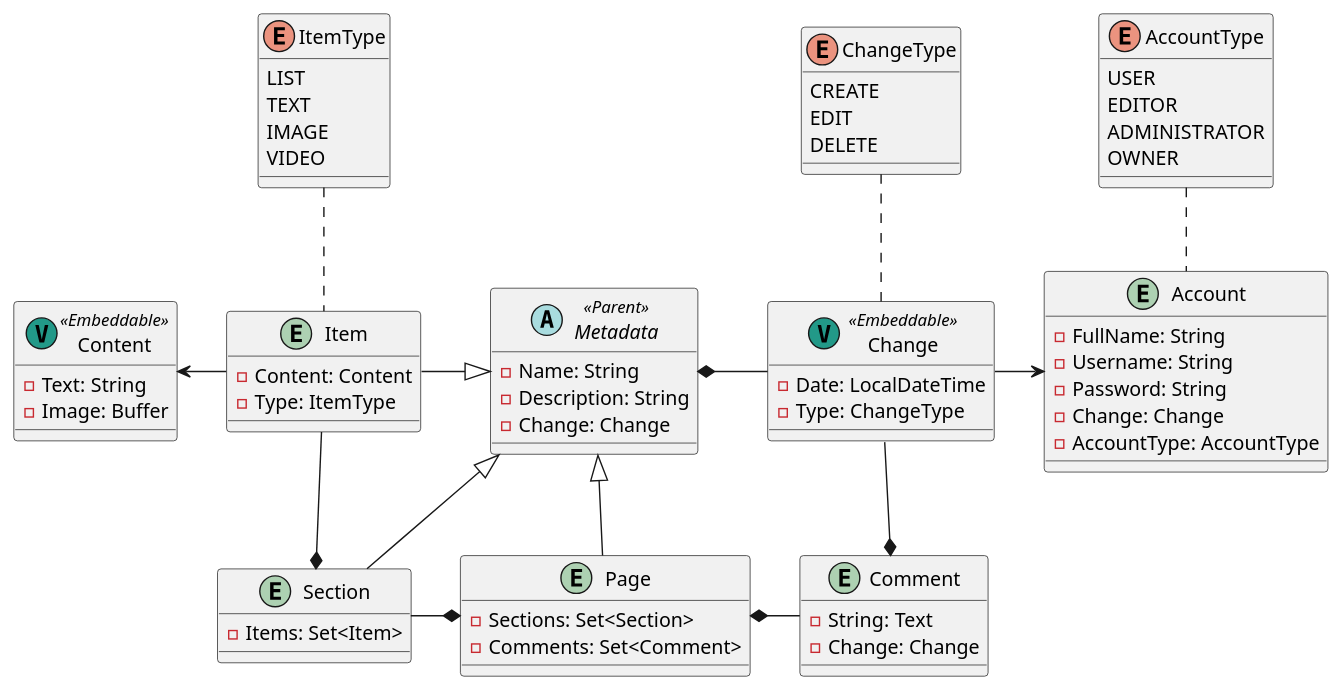
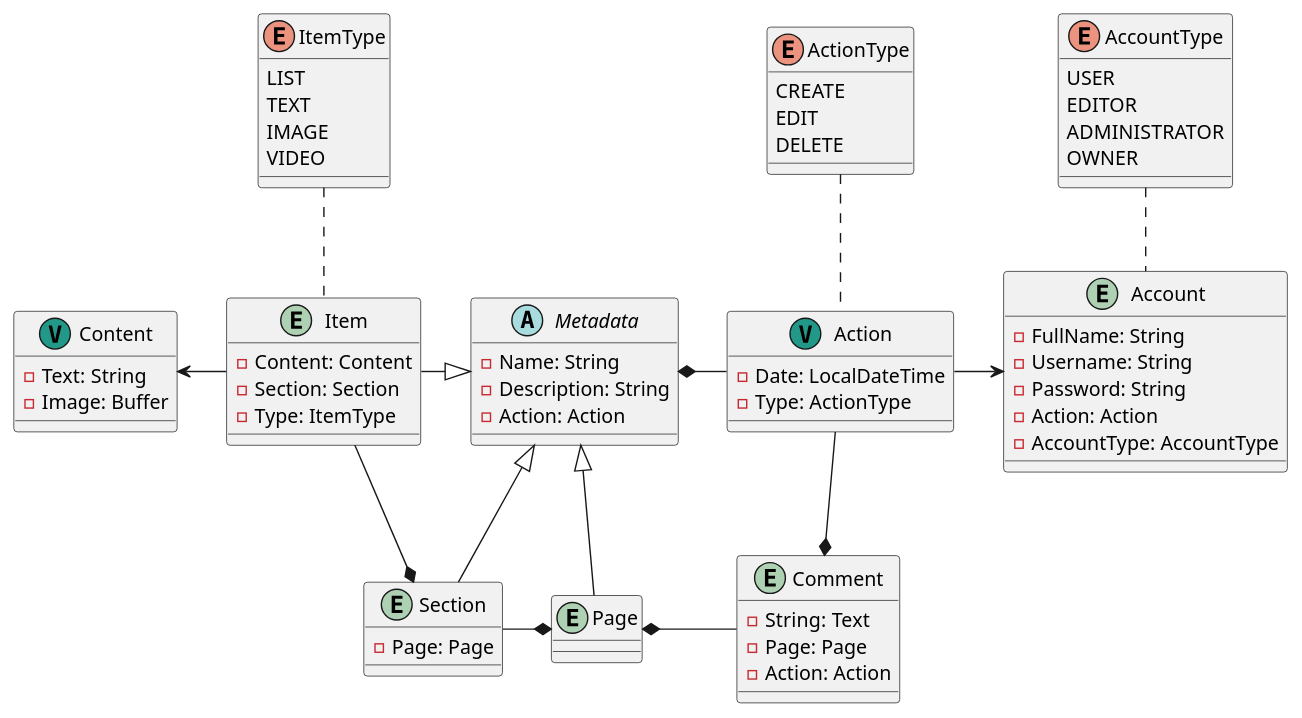
Before and after one commit to LouisFerro/HFW-HighlyFunctionalWiki: the diagram in src/main/plantuml/5. Main - Production.puml, drawn with PlantUML.

Commit message:
Adaptation of concept model to account for the one-to-many relationships of Item, Section, Page and Comment.

```diff
--- a/src/main/plantuml/5. Main - Production.puml
+++ b/src/main/plantuml/5. Main - Production.puml
@@ -1,98 +1,99 @@
 @startuml
 'https://plantuml.com/class-diagram'
 
-abstract class Metadata <<Parent>>
+abstract class Metadata
 {
     - Name: String
     - Description: String
-    - Change: Change
+    - Action: Action
 }
 
 entity Page
 {
-    - Sections: Set<Section>
-    - Comments: Set<Comment>
+
 }
 
 entity Section
 {
-    - Items: Set<Item>
+    - Page: Page
 }
 
 entity Item
 {
     - Content: Content
+    - Section: Section
     - Type: ItemType
 }
 
 enum ItemType
 {
     LIST
     TEXT
     IMAGE
     VIDEO
 }
 
-entity Content <<(V, #229988)Embeddable>>
+entity Content <<(V, #229988)>>
 {
     - Text: String
     - Image: Buffer
 }
 
 entity Comment
 {
     - String: Text
-    - Change: Change
+    - Page: Page
+    - Action: Action
 }
 
 entity Account
 {
     - FullName: String
     - Username: String
     - Password: String
-    - Change: Change
+    - Action: Action
     - AccountType: AccountType
 }
 
 enum AccountType
 {
     USER
     EDITOR
     ADMINISTRATOR
     OWNER
 }
 
-entity Change <<(V, #229988)Embeddable>>
+entity Action <<(V, #229988)>>
 {
     - Date: LocalDateTime
-    - Type: ChangeType
+    - Type: ActionType
 }
 
-enum ChangeType
+enum ActionType
 {
     CREATE
     EDIT
     DELETE
 }
 
 Account .up. AccountType
 
-Change -left-* Metadata
-Change -right-> Account
-Change -down-* Comment
-Change .up. ChangeType
+Action -left-* Metadata
+Action -right-> Account
+Action -down-* Comment
+Action .up. ActionType
 
 Comment -left-* Page
 
 Page -up-|> Metadata
 
 Section -up-|> Metadata
 Section -right-* Page
 
 Item -right-|> Metadata
 Item -down-* Section
 Item -left-> Content
 Item .up. ItemType
 
 
 @enduml
```
